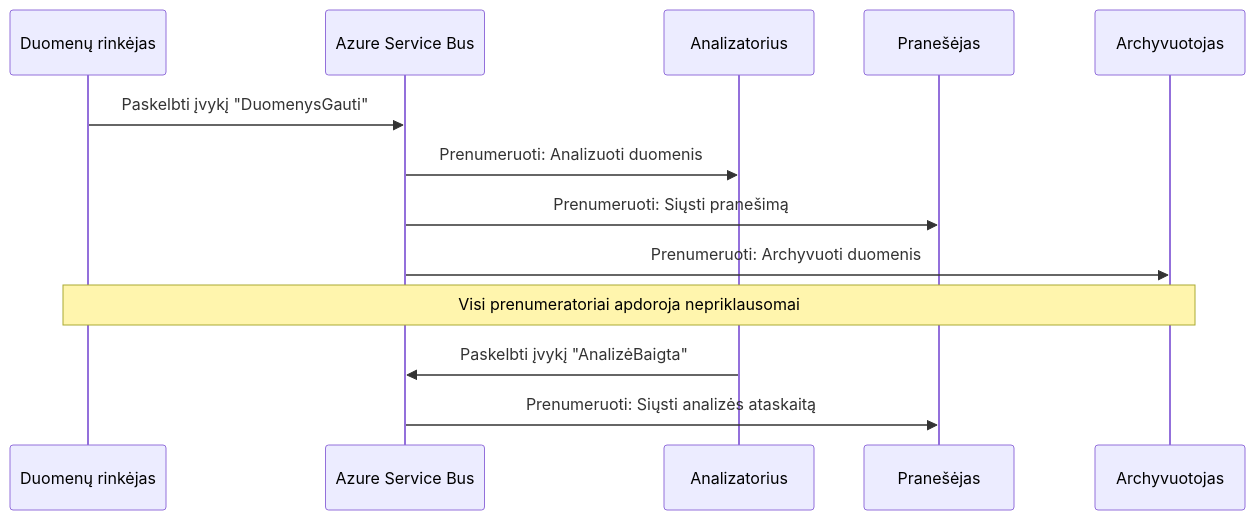
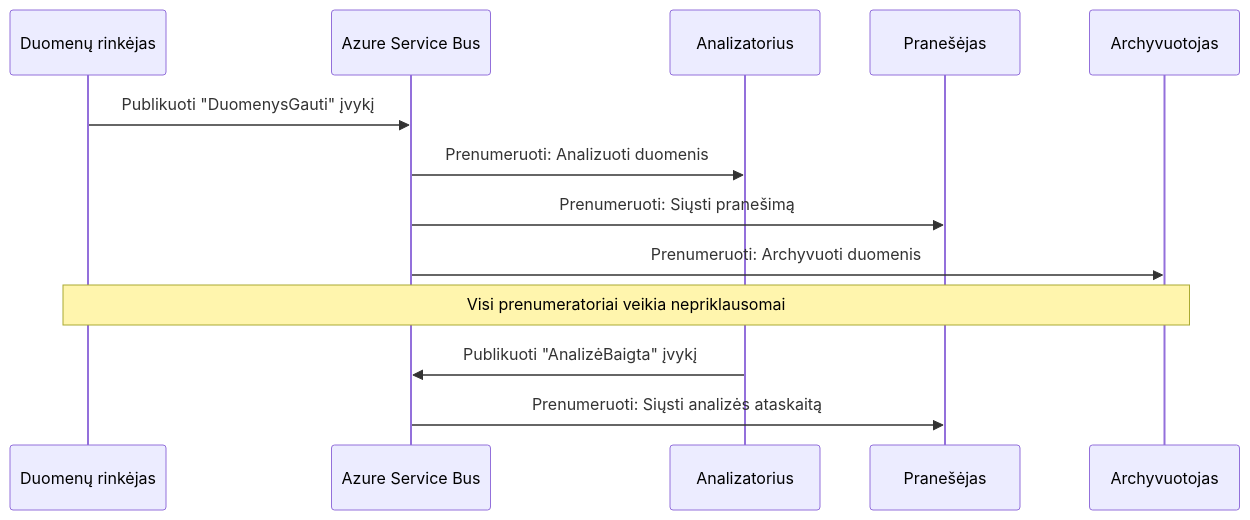
The fourth of 6 diagrams in translations/lt/docs/chapter-06-pre-deployment/coordination-patterns.md (microsoft/AZD-for-beginners), drawn with Mermaid before and after one commit. The commit also changed other lines of this file and 101 other files, not shown here.

````diff
--- a/translations/lt/docs/chapter-06-pre-deployment/coordination-patterns.md
+++ b/translations/lt/docs/chapter-06-pre-deployment/coordination-patterns.md
@@ -192,18 +186,18 @@
 ```mermaid
 sequenceDiagram
     participant Agent1 as Duomenų rinkėjas
     participant EventBus as Azure Service Bus
     participant Agent2 as Analizatorius
     participant Agent3 as Pranešėjas
     participant Agent4 as Archyvuotojas
     
-    Agent1->>EventBus: Paskelbti įvykį "DuomenysGauti"
+    Agent1->>EventBus: Publikuoti "DuomenysGauti" įvykį
     EventBus->>Agent2: Prenumeruoti: Analizuoti duomenis
     EventBus->>Agent3: Prenumeruoti: Siųsti pranešimą
     EventBus->>Agent4: Prenumeruoti: Archyvuoti duomenis
     
-    Note over Agent1,Agent4: Visi prenumeratoriai apdoroja nepriklausomai
+    Note over Agent1,Agent4: Visi prenumeratoriai veikia nepriklausomai
     
-    Agent2->>EventBus: Paskelbti įvykį "AnalizėBaigta"
+    Agent2->>EventBus: Publikuoti "AnalizėBaigta" įvykį
     EventBus->>Agent3: Prenumeruoti: Siųsti analizės ataskaitą
 ```
````
